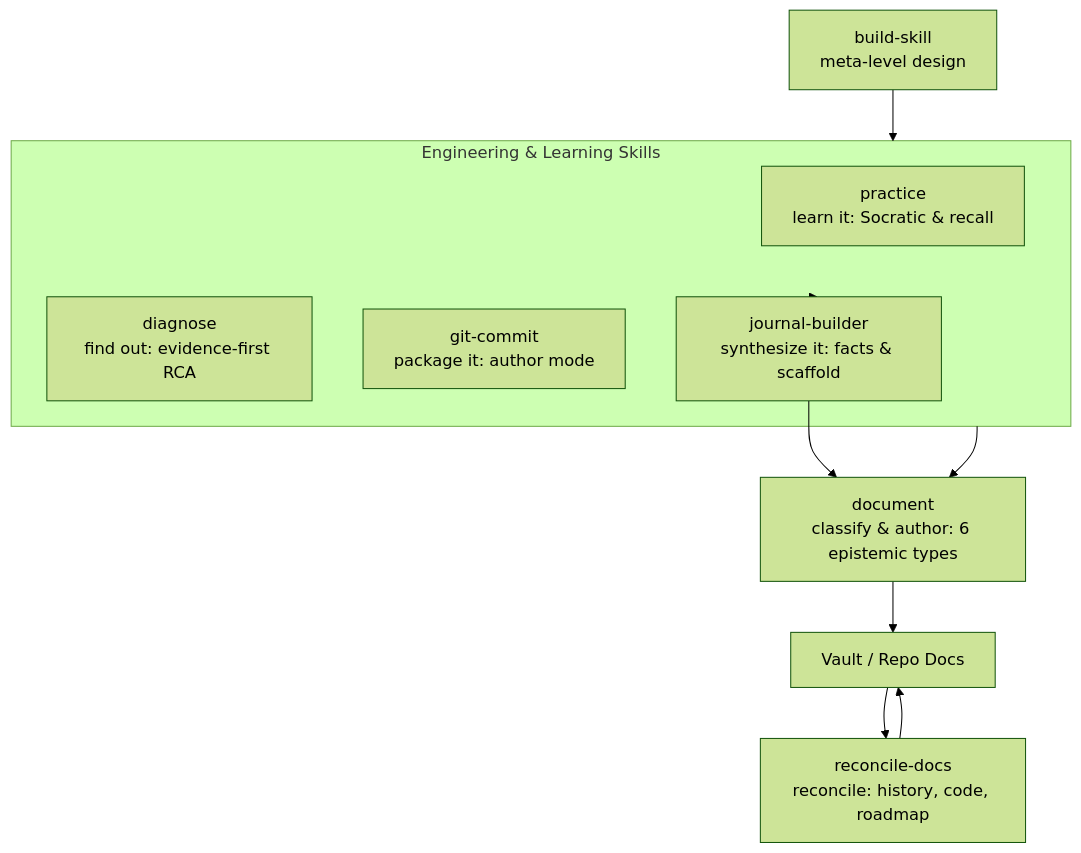
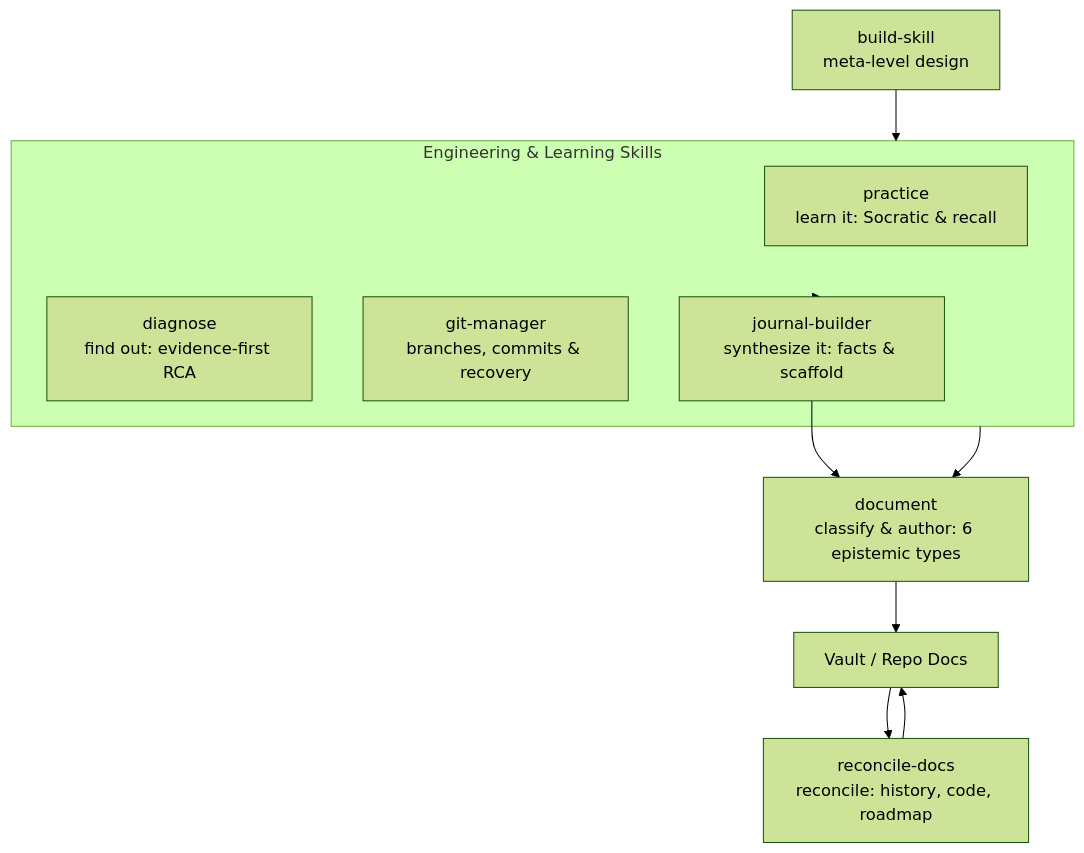
The diagram in README.md (kiskaadee/skills), drawn with Mermaid (forest theme) before and after one commit. The commit also changed other lines of this file and 2 other files, not shown here.

First line of the commit message:
feat(install): migrate git-commit and git-workspace to git-manager

````diff
--- a/README.md
+++ b/README.md
@@ -39,21 +39,21 @@
 ```mermaid
 flowchart TD
     SB["build-skill<br/>meta-level design"]
     subgraph Core["Engineering & Learning Skills"]
         PRAC["practice<br/>learn it: Socratic & recall"]
         DIAG["diagnose<br/>find out: evidence-first RCA"]
-        GIT["git-commit<br/>package it: author mode"]
+        GIT["git-manager<br/>branches, commits & recovery"]
         JB["journal-builder<br/>synthesize it: facts & scaffold"]
     end
     DOC["document<br/>classify & author: 6 epistemic types"]
     REC["reconcile-docs<br/>reconcile: history, code, roadmap"]
     Storage["Vault / Repo Docs"]
 
     SB --> Core
     Core --> DOC
     Core --> JB
     JB --> DOC
     DOC --> Storage
     Storage --> REC
     REC --> Storage
 ```
````
